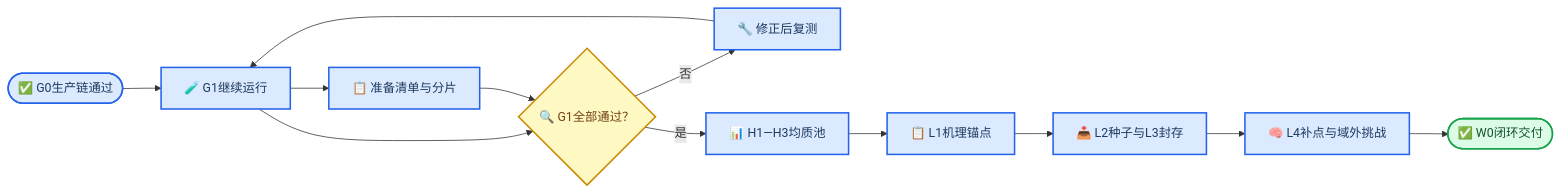
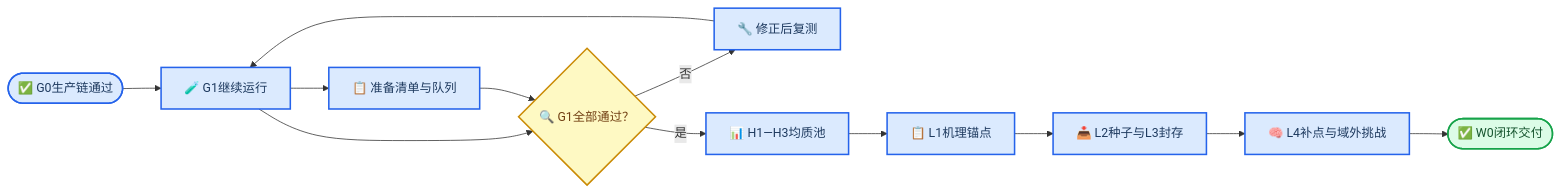
The second of 3 diagrams in docs/计划文档/第四章参数分析与第六章机器学习工况指导计划.md (joyjoyfresh/AbqScripts), drawn with Mermaid before and after one commit. The commit also changed other lines of this file and 15 other files, not shown here.

````diff
--- a/docs/计划文档/第四章参数分析与第六章机器学习工况指导计划.md
+++ b/docs/计划文档/第四章参数分析与第六章机器学习工况指导计划.md
@@ -423,25 +447,25 @@
 ```mermaid
 flowchart LR
     accTitle: Simulation Stage Gates
     accDescr: The plan allows manifest and runner preparation after G0 while keeping all formal parameter pools blocked until the complete G1 scientific acceptance report passes.
 
     prepare([✅ G0生产链通过]) --> run_gate[🧪 G1继续运行]
-    run_gate --> plan_next[📋 准备清单与分片]
+    run_gate --> plan_next[📋 准备清单与队列]
     run_gate --> freq_gate{🔍 G1全部通过？}
     plan_next --> freq_gate
     freq_gate -->|否| repair[🔧 修正后复测]
     repair --> run_gate
     freq_gate -->|是| homogeneous[📊 H1—H3均质池]
     homogeneous --> anchors[📋 L1机理锚点]
     anchors --> sample[📥 L2种子与L3封存]
     sample --> develop[🧠 L4补点与域外挑战]
     develop --> closure([✅ W0闭环交付])
 
     classDef process fill:#dbeafe,stroke:#2563eb,stroke-width:2px,color:#1e3a5f
     classDef decision fill:#fef9c3,stroke:#ca8a04,stroke-width:2px,color:#713f12
     classDef success fill:#dcfce7,stroke:#16a34a,stroke-width:2px,color:#14532d
 
     class prepare,run_gate,plan_next,repair,homogeneous,anchors,sample,develop process
     class freq_gate decision
     class closure success
 ```
````
